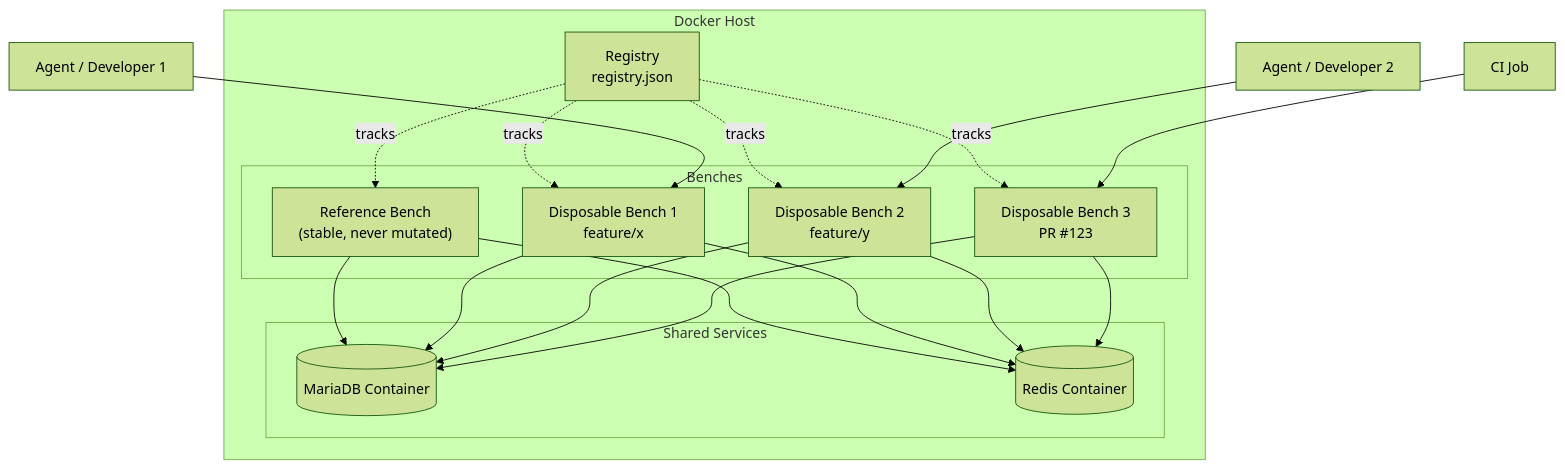
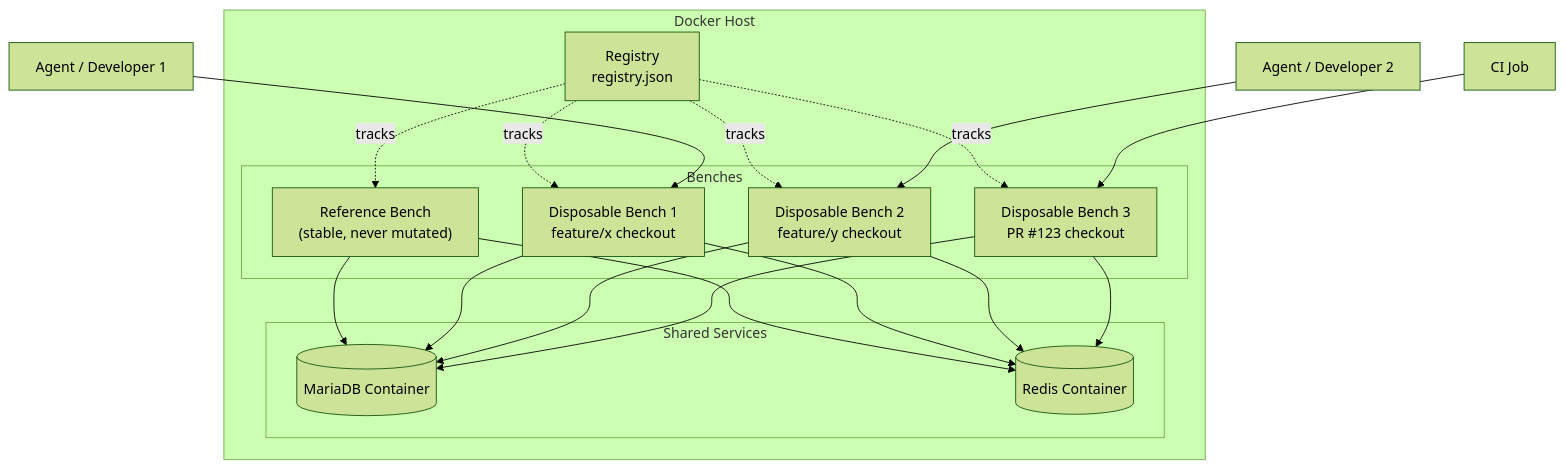
The first of 2 diagrams in docs/architecture.md (esafwan/frappe-multihand), drawn with Mermaid (forest theme) before and after one commit. The commit also changed other lines of this file and 8 other files, not shown here.

````diff
--- a/docs/architecture.md
+++ b/docs/architecture.md
@@ -7,36 +7,36 @@
 ```mermaid
 flowchart TB
     subgraph Host["Docker Host"]
         subgraph Shared["Shared Services"]
             MariaDB[(MariaDB Container)]
             Redis[(Redis Container)]
         end
 
         subgraph Benches["Benches"]
             Reference["Reference Bench<br/>(stable, never mutated)"]
-            D1["Disposable Bench 1<br/>feature/x"]
-            D2["Disposable Bench 2<br/>feature/y"]
-            D3["Disposable Bench 3<br/>PR #123"]
+        D1["Disposable Bench 1<br/>feature/x checkout"]
+        D2["Disposable Bench 2<br/>feature/y checkout"]
+        D3["Disposable Bench 3<br/>PR #123 checkout"]
         end
 
         Registry["Registry<br/>registry.json"]
 
         Reference --> MariaDB
         Reference --> Redis
         D1 --> MariaDB
         D1 --> Redis
         D2 --> MariaDB
         D2 --> Redis
         D3 --> MariaDB
         D3 --> Redis
 
         Registry -.tracks.-> Reference
         Registry -.tracks.-> D1
         Registry -.tracks.-> D2
         Registry -.tracks.-> D3
     end
 
     Agent1["Agent / Developer 1"] --> D1
     Agent2["Agent / Developer 2"] --> D2
     Agent3["CI Job"] --> D3
 ```
````
